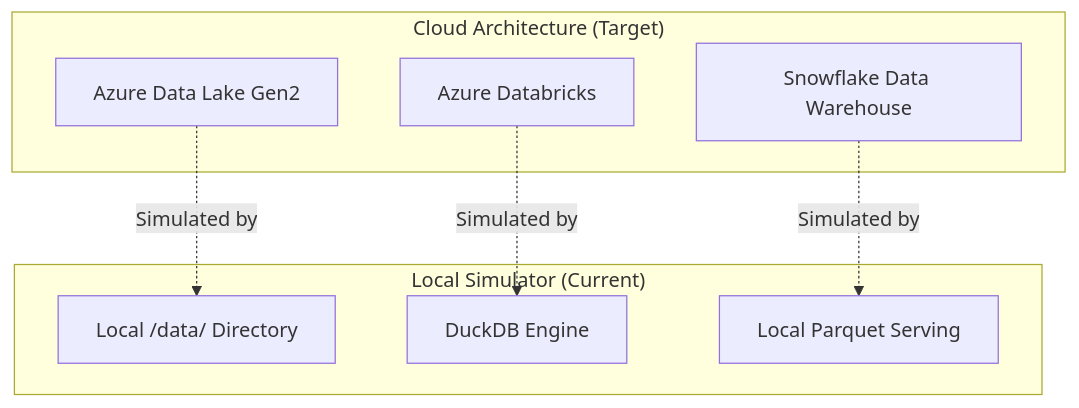
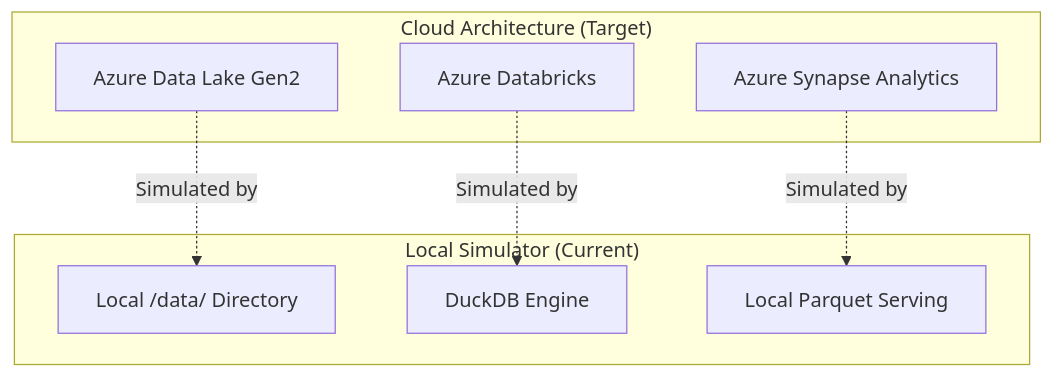
The second of 2 diagrams in README.md (S4LL77/Ulez-Project-azure-databricks), drawn with Mermaid before and after one commit. The commit also changed other lines of this file and 2 other files, not shown here.

Commit message:
docs: pivot to Azure Synapse and enhance operational governance

````diff
--- a/README.md
+++ b/README.md
@@ -56,18 +54,18 @@
 ```mermaid
 graph TD
     subgraph "Cloud Architecture (Target)"
         ADLS[Azure Data Lake Gen2]
         ADB[Azure Databricks]
-        SNW[Snowflake Data Warehouse]
+        SYN[Azure Synapse Analytics]
     end
 
     subgraph "Local Simulator (Current)"
         Folder[Local /data/ Directory]
         DDB[DuckDB Engine]
         PRQ[Local Parquet Serving]
     end
 
     ADLS -.->|Simulated by| Folder
     ADB -.->|Simulated by| DDB
-    SNW -.->|Simulated by| PRQ
+    SYN -.->|Simulated by| PRQ
 ```
````
